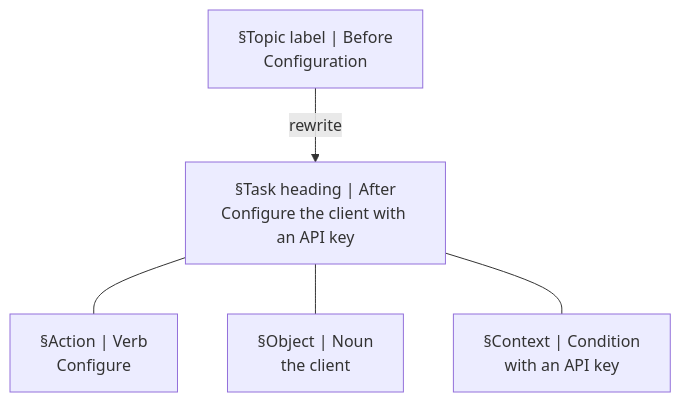
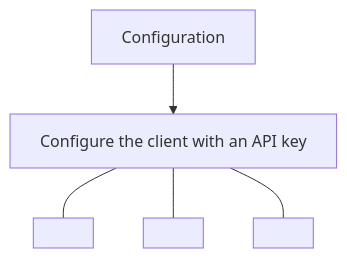
Before and after one commit to ninadpathak/ninadpathak: the diagram in content/diagrams/documentation-headings/task-heading-anatomy.mmd, drawn with Mermaid. The commit also changed 64 other files, not shown here.

```diff
--- a/content/diagrams/documentation-headings/task-heading-anatomy.mmd
+++ b/content/diagrams/documentation-headings/task-heading-anatomy.mmd
@@ -1,30 +1,20 @@
 %% @fig 01
 %% @kicker An illustrative heading rewrite
-%% @alt An illustrative example rewrites the topic label Configuration as the task heading Configure the client with an API key, which names an action, an object, and a context. A table lists six section jobs with a generic label and an illustrative rewrite for each.
-%% @caption A topic label names a subject. A task heading names the work the section covers. The rewrites are illustrations, not a universal template.
+%% @alt An illustrative example rewrites the topic label Configuration as the task heading Configure the client with an API key. Brackets under the heading mark its three parts: the action Configure, the object the client, and the context with an API key, each drawn as a play head, a cube, and a key.
+%% @caption A topic label names a subject. A task heading names the work: an action, an object, and the context that changes the next step.
 %% @path before>after
-%% @note after | Read it alone in the outline: the reader knows what they will have done.
-%% @dim action | context | One heading · three parts
-%% @table Section job → heading | Section job | Generic label | Illustrative rewrite
-%% @row Procedure | Setup | Create the project and install the CLI
-%% @row Configuration | Configuration | Configure the client with an API key
-%% @row Verification | Testing | Verify the endpoint accepts a signed test event
-%% @row Recovery | Errors | Recover when signature verification fails
-%% @row Explanation | Authentication | Token scopes and integration access
-%% @row Reference | Options | Retry policy options for background jobs
-%% @legend muted=Topic label; focal=Task heading; outcome=Heading part; hot=Rewrite
+%% @glyph before | outline
+%% @glyph action | action bare
+%% @glyph object | object bare
+%% @glyph context | key bare
+%% @parts after | Configure>action; the client>object; with an API key>context
 flowchart TB
-  before["§Topic label | Before
-Configuration"]:::muted
-  after["§Task heading | After
-Configure the client with an API key"]:::focal
-  action["§Action | Verb
-Configure"]:::outcome
-  object["§Object | Noun
-the client"]:::outcome
-  context["§Context | Condition
-with an API key"]:::outcome
-  before -->|rewrite| after
+  before["Configuration"]:::muted
+  after["Configure the client with an API key"]:::focal
+  action[" "]:::accent
+  object[" "]
+  context[" "]
+  before --> after
   after --- action
   after --- object
   after --- context
```
